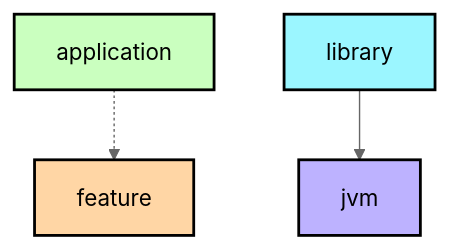
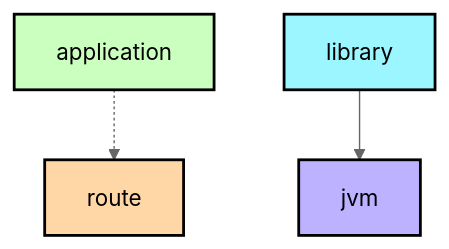
Before and after one commit to weiyuhl/nowinandroidtest: the second of 2 diagrams in core/designsystem/README.md, drawn with Mermaid (neutral theme). The commit also changed other lines of this file and 207 other files, not shown here.

````diff
--- a/core/designsystem/README.md
+++ b/core/designsystem/README.md
@@ -29,17 +29,17 @@
 ```mermaid
 graph TB
   application[application]:::android-application
-  feature[feature]:::android-feature
+  route[route]:::android-route
   library[library]:::android-library
   jvm[jvm]:::jvm-library
 
-  application -.-> feature
+  application -.-> route
   library --> jvm
 
 classDef android-application fill:#CAFFBF,stroke:#000,stroke-width:2px,color:#000;
-classDef android-feature fill:#FFD6A5,stroke:#000,stroke-width:2px,color:#000;
+classDef android-route fill:#FFD6A5,stroke:#000,stroke-width:2px,color:#000;
 classDef android-library fill:#9BF6FF,stroke:#000,stroke-width:2px,color:#000;
 classDef android-test fill:#A0C4FF,stroke:#000,stroke-width:2px,color:#000;
 classDef jvm-library fill:#BDB2FF,stroke:#000,stroke-width:2px,color:#000;
 classDef unknown fill:#FFADAD,stroke:#000,stroke-width:2px,color:#000;
 ```
````
